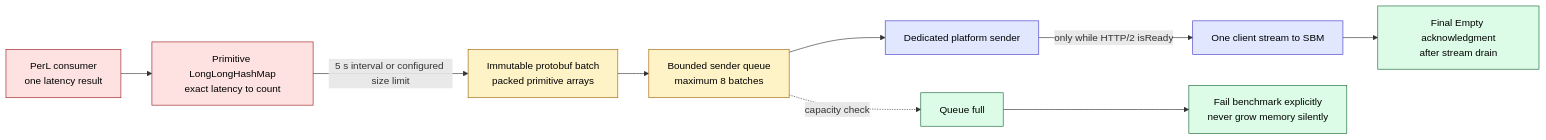
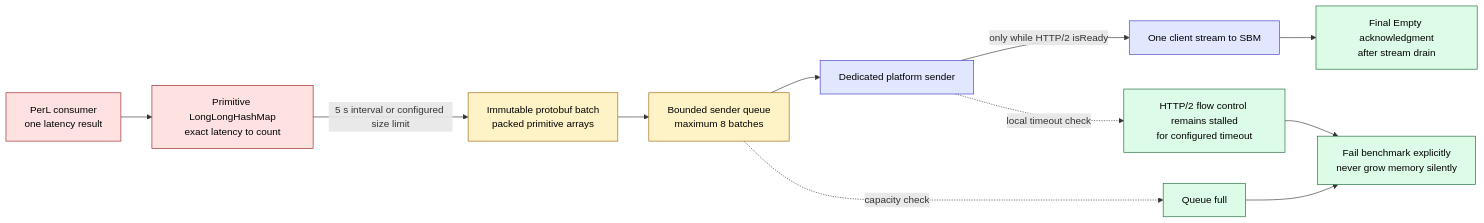
One commit to kmgowda/SBK changed diagram 22 of 43 in docs/sbk-internals.md. Above: the diagram before and after it, drawn with Mermaid. The commit also changed other lines of this file and 9 other files, not shown here.

Commit message:
Fail SBK on stalled SBM streams

````diff
--- a/docs/sbk-internals.md
+++ b/docs/sbk-internals.md
@@ -1639,21 +1639,23 @@
 ```mermaid
 flowchart LR
     P["PerL consumer<br/>one latency result"] --> A["Primitive LongLongHashMap<br/>exact latency to count"]
     A -->|"5 s interval or configured size limit"| B["Immutable protobuf batch<br/>packed primitive arrays"]
     B --> Q["Bounded sender queue<br/>maximum 8 batches"]
     Q --> T["Dedicated platform sender"]
     T -->|"only while HTTP/2 isReady"| S["One client stream to SBM"]
     S --> ACK["Final Empty acknowledgment<br/>after stream drain"]
 
     FULL["Queue full"] --> FAIL["Fail benchmark explicitly<br/>never grow memory silently"]
     Q -. capacity check .-> FULL
+    STALL["HTTP/2 flow control remains stalled<br/>for configured timeout"] --> FAIL
+    T -. local timeout check .-> STALL
 
     classDef hot fill:#fee2e2,stroke:#991b1b,color:#000
     classDef batch fill:#fef3c7,stroke:#a16207,color:#000
     classDef transport fill:#e0e7ff,stroke:#4338ca,color:#000
     classDef safe fill:#dcfce7,stroke:#166534,color:#000
     class P,A hot
     class B,Q batch
     class T,S transport
-    class ACK,FULL,FAIL safe
+    class ACK,FULL,STALL,FAIL safe
 ```
````
